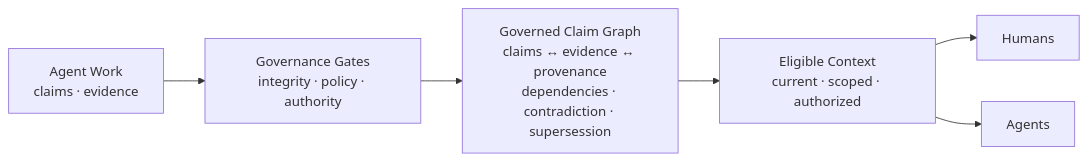
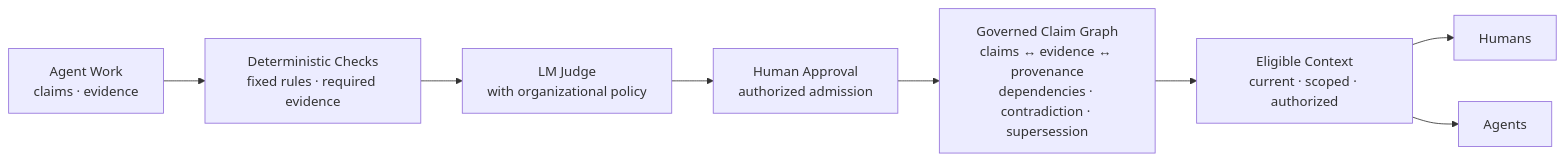
The first of 2 diagrams in README.md (chenmingtang830/proofpress), drawn with Mermaid before and after one commit. The commit also changed other lines of this file and 8 other files, not shown here.

````diff
--- a/README.md
+++ b/README.md
@@ -74,8 +130,10 @@
 ```mermaid
 flowchart LR
-  W["Agent Work<br/>claims · evidence"] --> G["Governance Gates<br/>integrity · policy · authority"]
-  G --> C["Governed Claim Graph<br/>claims ↔ evidence ↔ provenance<br/>dependencies · contradiction · supersession"]
+  W["Agent Work<br/>claims · evidence"] --> D["Deterministic Checks<br/>fixed rules · required evidence"]
+  D --> J["LM Judge<br/>with organizational policy"]
+  J --> R["Human Approval<br/>authorized admission"]
+  R --> C["Governed Claim Graph<br/>claims ↔ evidence ↔ provenance<br/>dependencies · contradiction · supersession"]
   C --> E["Eligible Context<br/>current · scoped · authorized"]
   E --> H["Humans"]
   E --> A["Agents"]
 ```
````
